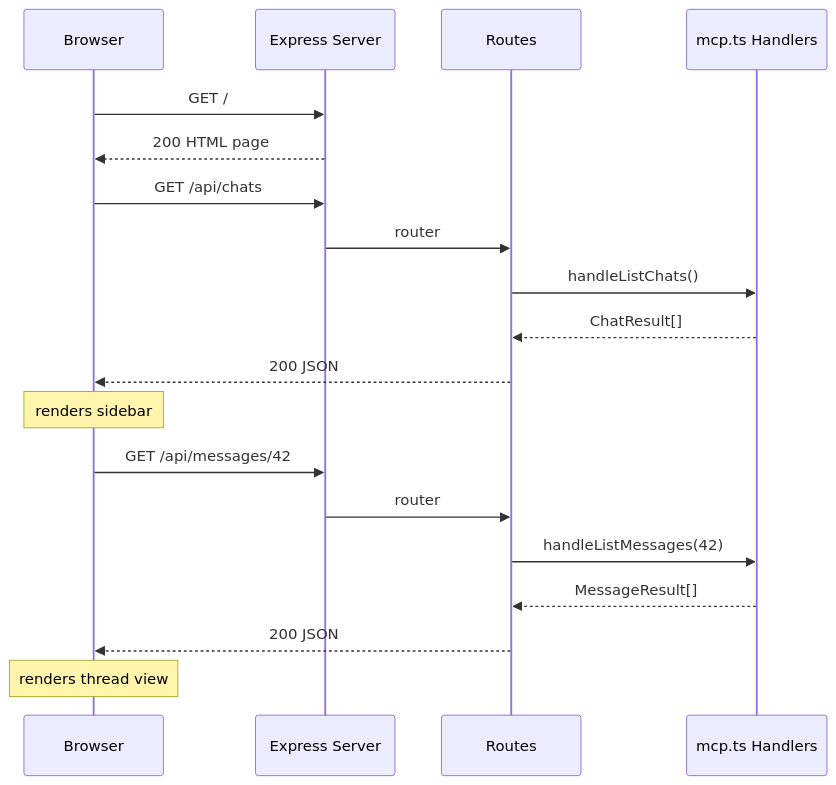
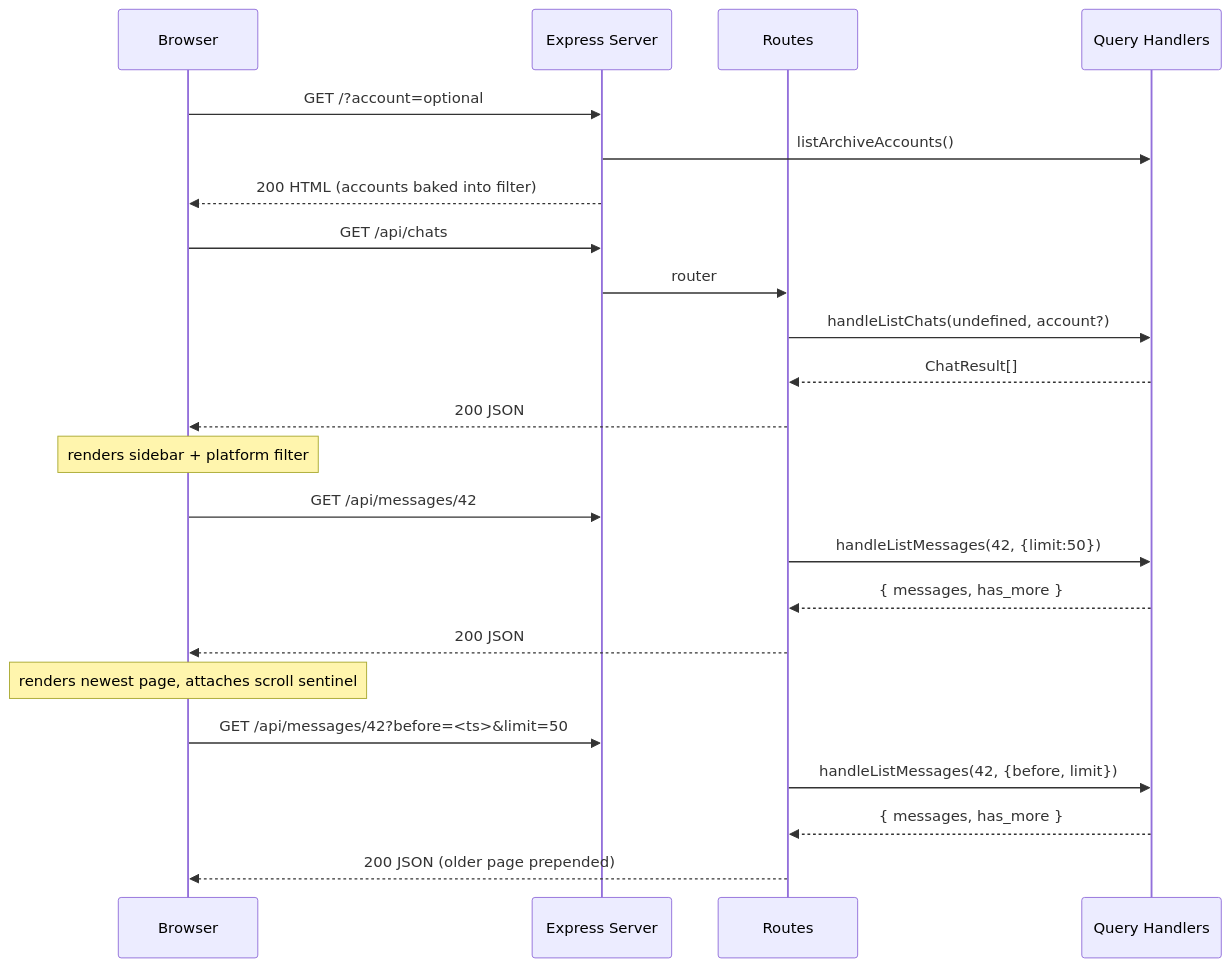
One commit to yanicklandry/khipuchat changed the second of 3 diagrams in .kiro/specs/web-ui/design.md. Above: the diagram before and after it, drawn with Mermaid. The commit also changed other lines of this file and 2 other files, not shown here.

````diff
--- a/.kiro/specs/web-ui/design.md
+++ b/.kiro/specs/web-ui/design.md
@@ -113,22 +133,26 @@
 ```mermaid
 sequenceDiagram
     participant B as Browser
     participant S as Express Server
     participant R as Routes
-    participant H as mcp.ts Handlers
+    participant H as Query Handlers
 
-    B->>S: GET /
-    S-->>B: 200 HTML page
+    B->>S: GET /?account=optional
+    S->>H: listArchiveAccounts()
+    S-->>B: 200 HTML (accounts baked into filter)
     B->>S: GET /api/chats
     S->>R: router
-    R->>H: handleListChats()
+    R->>H: handleListChats(undefined, account?)
     H-->>R: ChatResult[]
     R-->>B: 200 JSON
-    Note over B: renders sidebar
+    Note over B: renders sidebar + platform filter
     B->>S: GET /api/messages/42
-    S->>R: router
-    R->>H: handleListMessages(42)
-    H-->>R: MessageResult[]
+    R->>H: handleListMessages(42, {limit:50})
+    H-->>R: { messages, has_more }
     R-->>B: 200 JSON
-    Note over B: renders thread view
+    Note over B: renders newest page, attaches scroll sentinel
+    B->>S: GET /api/messages/42?before=<ts>&limit=50
+    R->>H: handleListMessages(42, {before, limit})
+    H-->>R: { messages, has_more }
+    R-->>B: 200 JSON (older page prepended)
 ```
````
